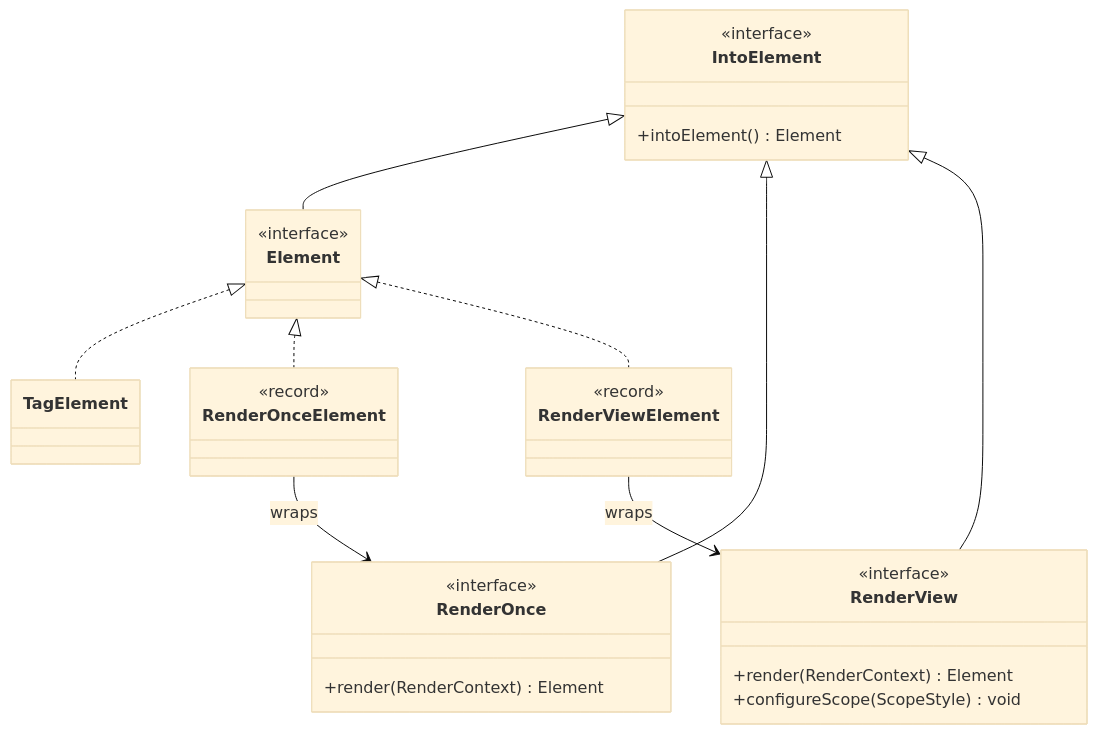
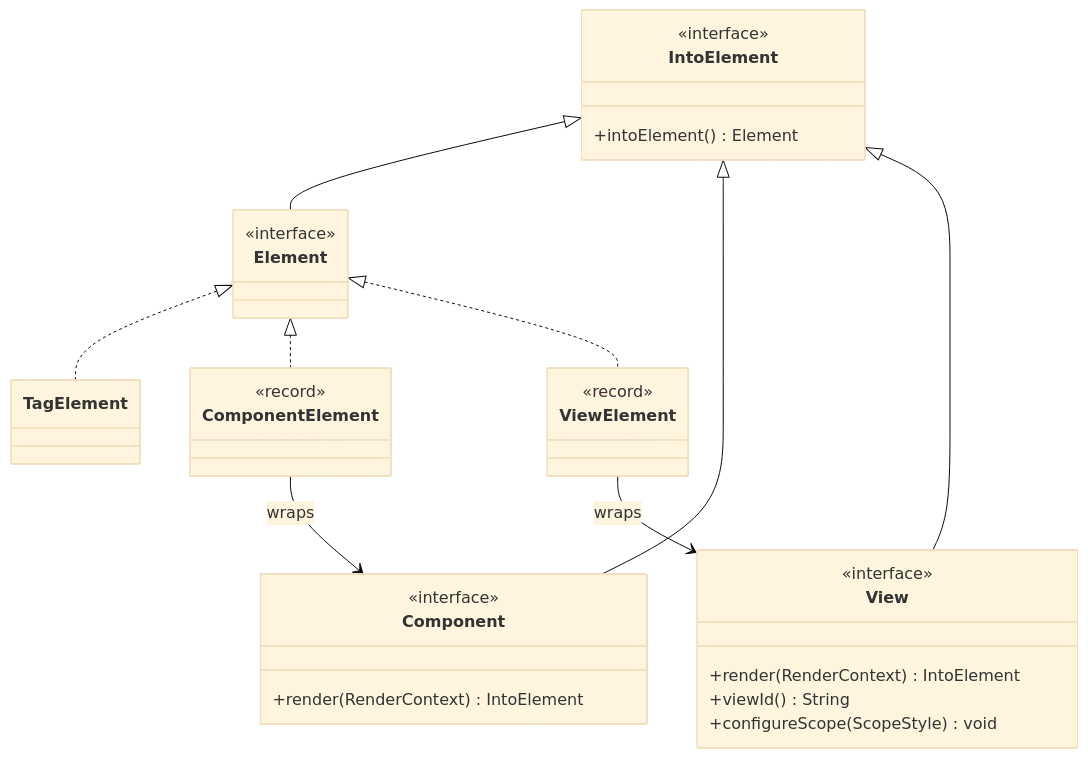
Before and after one commit to thiagogcm/tessera: the first of 6 diagrams in docs/architecture.md, drawn with Mermaid (base theme). The commit also changed other lines of this file and 119 other files, not shown here.

````diff
--- a/docs/architecture.md
+++ b/docs/architecture.md
@@ -29,36 +31,37 @@
 ```mermaid
 classDiagram
     direction TB
     class IntoElement {
         <<interface>>
         +intoElement() Element
     }
     class Element {
         <<interface>>
     }
-    class RenderOnce {
+    class Component {
         <<interface>>
-        +render(RenderContext) Element
+        +render(RenderContext) IntoElement
     }
-    class RenderView {
+    class View {
         <<interface>>
-        +render(RenderContext) Element
+        +render(RenderContext) IntoElement
+        +viewId() String
         +configureScope(ScopeStyle) void
     }
     class TagElement
-    class RenderOnceElement {
+    class ComponentElement {
         <<record>>
     }
-    class RenderViewElement {
+    class ViewElement {
         <<record>>
     }
 
     IntoElement <|-- Element
-    IntoElement <|-- RenderOnce
-    IntoElement <|-- RenderView
+    IntoElement <|-- Component
+    IntoElement <|-- View
     Element <|.. TagElement
-    Element <|.. RenderOnceElement
-    Element <|.. RenderViewElement
-    RenderOnceElement --> RenderOnce : wraps
-    RenderViewElement --> RenderView : wraps
+    Element <|.. ComponentElement
+    Element <|.. ViewElement
+    ComponentElement --> Component : wraps
+    ViewElement --> View : wraps
 ```
````
